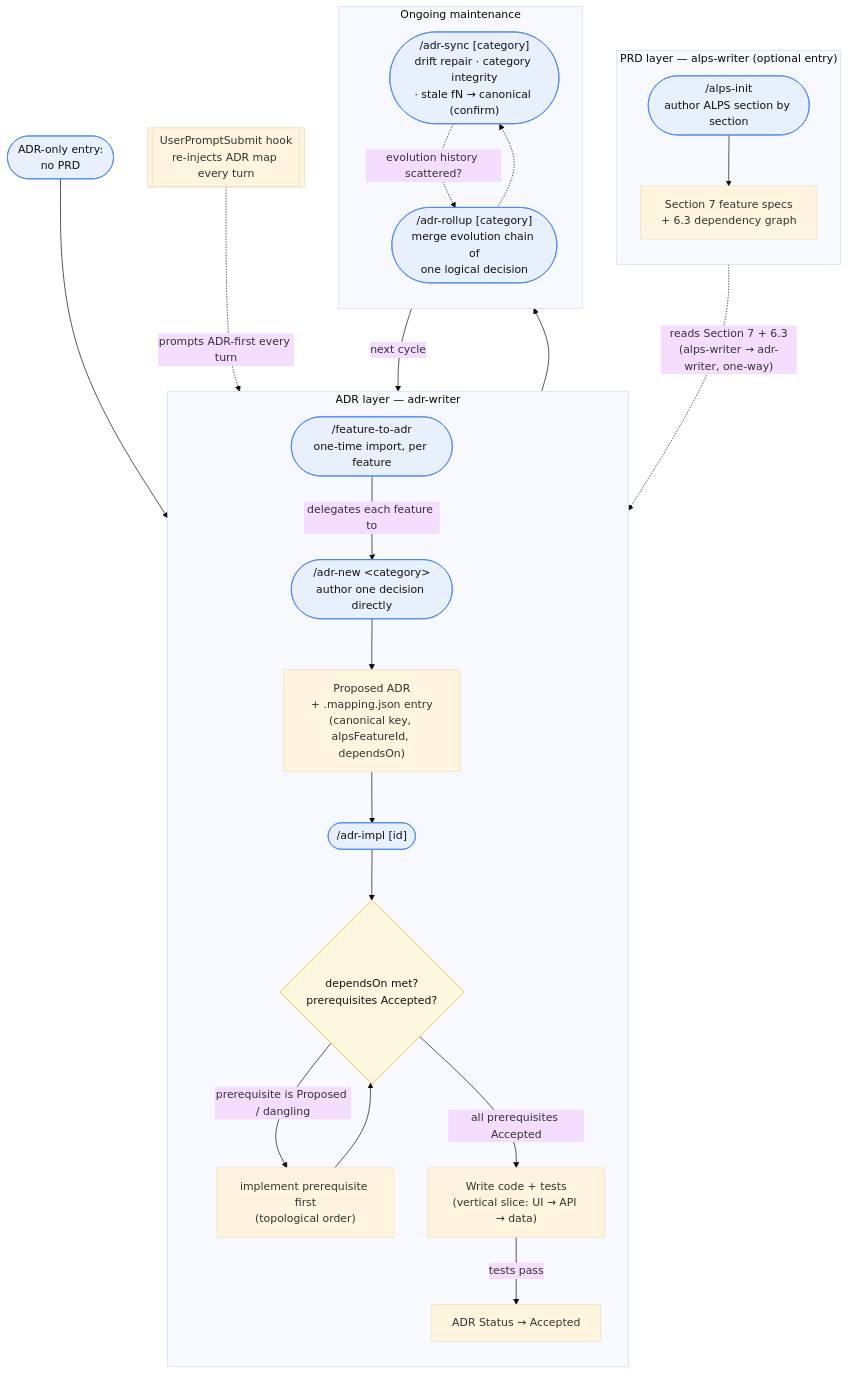
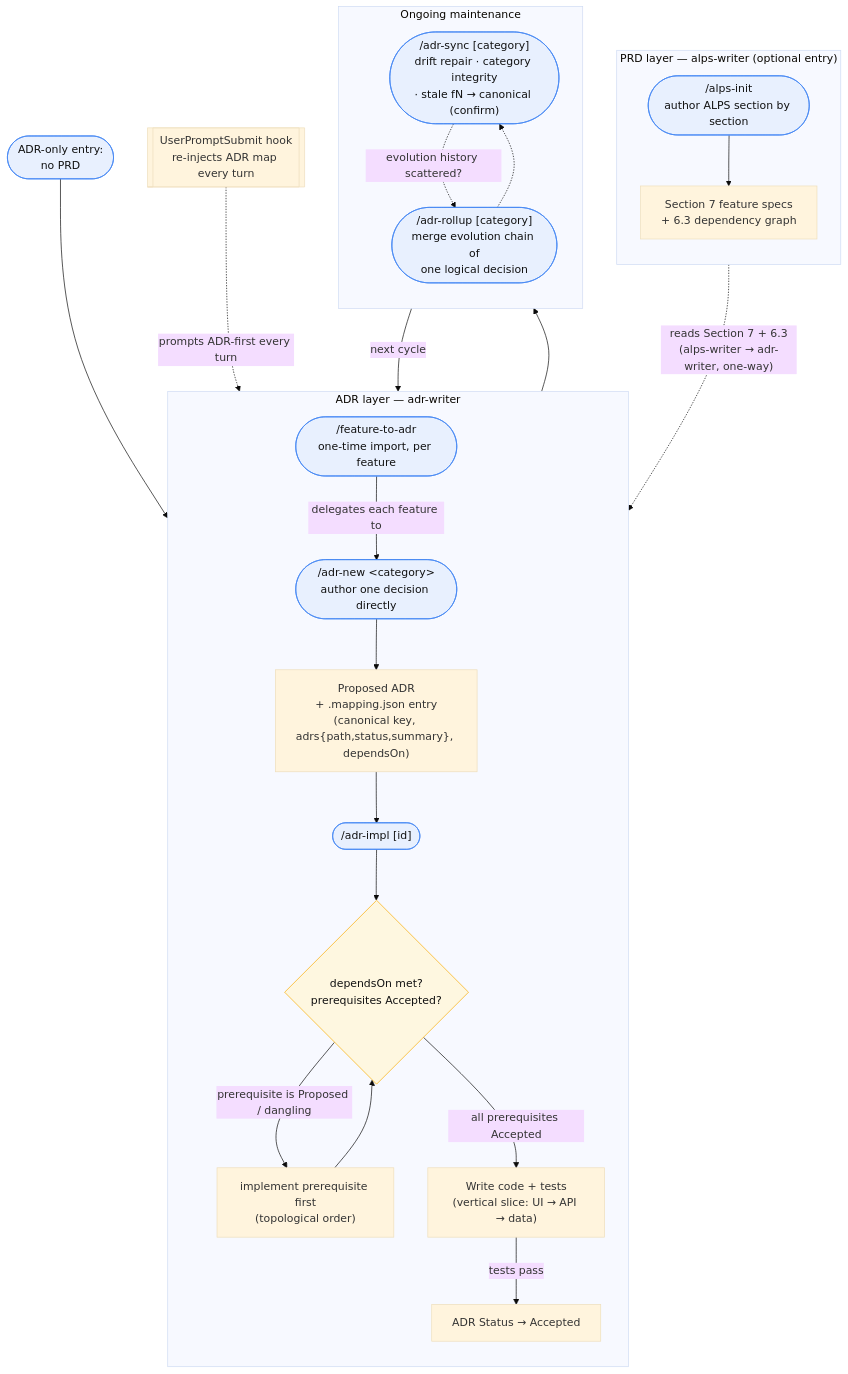
One commit to haandol/alps-writer-mcp changed the second of 2 diagrams in docs/usage.md. Above: the diagram before and after it, drawn with Mermaid (base theme). The commit also changed other lines of this file and 24 other files, not shown here.

````diff
--- a/docs/usage.md
+++ b/docs/usage.md
@@ -26,50 +26,50 @@
 ```mermaid
 flowchart TD
     subgraph prd["PRD layer — alps-writer (optional entry)"]
         direction TB
         Init(["/alps-init<br/>author ALPS section by section"])
         S7["Section 7 feature specs<br/>+ 6.3 dependency graph"]
         Init --> S7
     end
 
     subgraph adr["ADR layer — adr-writer"]
         direction TB
         F2A(["/feature-to-adr<br/>one-time import, per feature"])
         New(["/adr-new &lt;category&gt;<br/>author one decision directly"])
-        Proposed["Proposed ADR<br/>+ .mapping.json entry<br/>(canonical key, alpsFeatureId, dependsOn)"]
+        Proposed["Proposed ADR<br/>+ .mapping.json entry<br/>(canonical key, adrs{path,status,summary}, dependsOn)"]
         Impl(["/adr-impl [id]"])
         Gate{"dependsOn met?<br/>prerequisites Accepted?"}
         Code["Write code + tests<br/>(vertical slice: UI → API → data)"]
         Accepted["ADR Status → Accepted"]
 
         F2A -->|delegates each feature to| New
         New --> Proposed
         Proposed --> Impl
         Impl --> Gate
         Gate -->|prerequisite is Proposed / dangling| PrereqFirst["implement prerequisite first<br/>(topological order)"]
         PrereqFirst --> Gate
         Gate -->|all prerequisites Accepted| Code
         Code -->|tests pass| Accepted
     end
 
     subgraph maint["Ongoing maintenance"]
         direction TB
         Sync(["/adr-sync [category]<br/>drift repair · category integrity<br/>· stale fN → canonical (confirm)"])
         Rollup(["/adr-rollup [category]<br/>merge evolution chain of<br/>one logical decision"])
     end
 
     Hook[["UserPromptSubmit hook<br/>re-injects ADR map every turn"]]
 
     S7 -.->|"reads Section 7 + 6.3<br/>(alps-writer → adr-writer, one-way)"| F2A
     Start(["ADR-only entry:<br/>no PRD"]) --> New
     Accepted --> Sync
     Sync -->|next cycle| Impl
     Sync -.->|evolution history scattered?| Rollup
     Rollup -.-> Sync
     Hook -.->|prompts ADR-first every turn| Impl
 
     classDef cmd fill:#e8f0fe,stroke:#4285f4,color:#111;
     classDef gate fill:#fef7e0,stroke:#f9ab00,color:#111;
     class Init,F2A,New,Impl,Sync,Rollup,Start cmd;
     class Gate gate;
 ```
````
